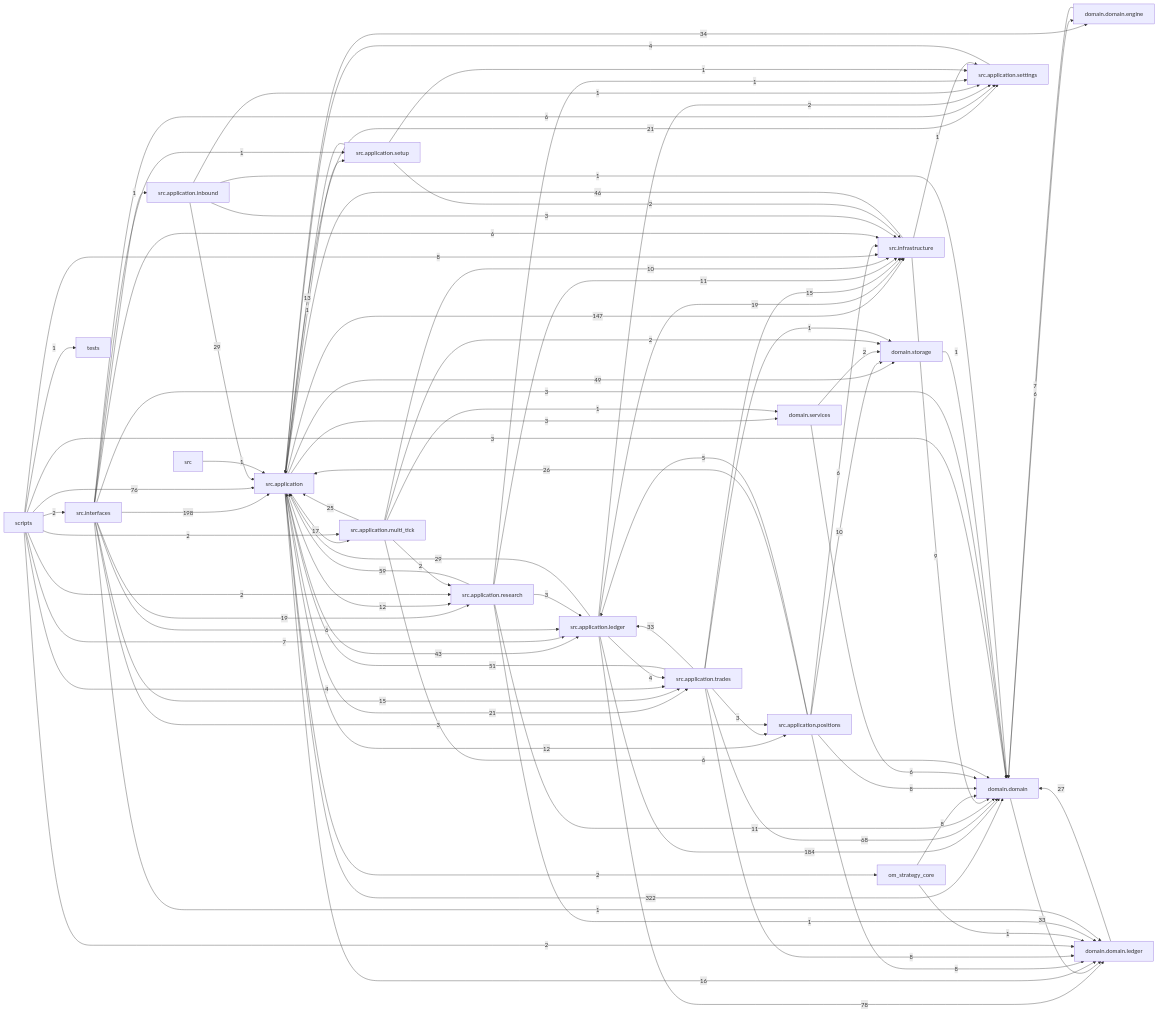
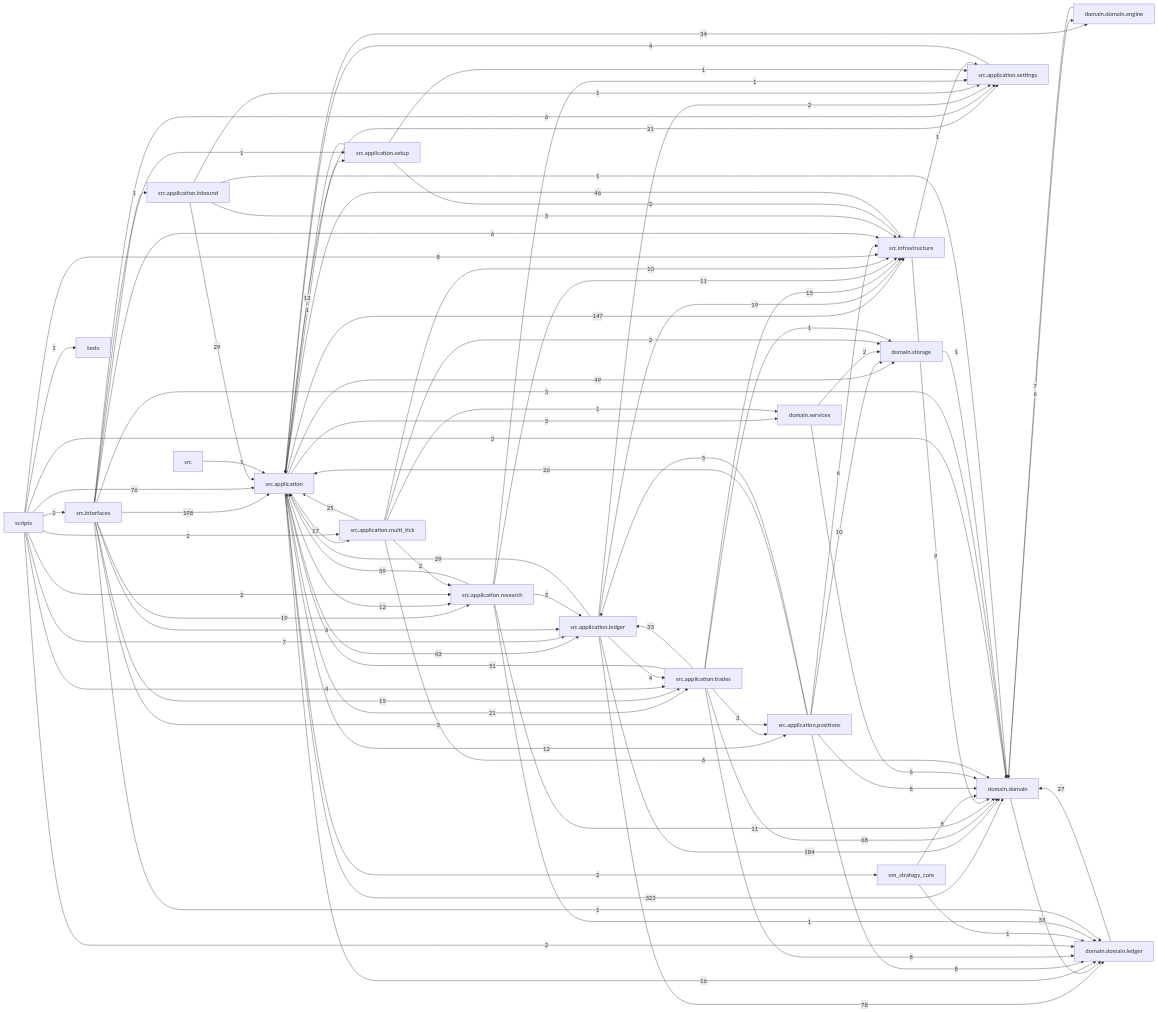
One commit to liuxie066/options-monitor changed the diagram in docs/dependency_graph.mmd. Above: the diagram before and after it, drawn with Mermaid. The commit also changed 2 other files, not shown here.

Commit message:
refactor(agent-tools): reuse domain quote snapshot normalization (#1169)

```diff
--- a/docs/dependency_graph.mmd
+++ b/docs/dependency_graph.mmd
@@ -1,88 +1,88 @@
 flowchart LR
-  src_application["src.application"] -->|322| domain_domain["domain.domain"]
+  src_application["src.application"] -->|323| domain_domain["domain.domain"]
   src_interfaces["src.interfaces"] -->|198| src_application["src.application"]
   src_application_ledger["src.application.ledger"] -->|184| domain_domain["domain.domain"]
   src_application["src.application"] -->|147| src_infrastructure["src.infrastructure"]
   src_application_ledger["src.application.ledger"] -->|78| domain_domain_ledger["domain.domain.ledger"]
   scripts["scripts"] -->|76| src_application["src.application"]
   src_application_trades["src.application.trades"] -->|68| domain_domain["domain.domain"]
   src_application_research["src.application.research"] -->|59| src_application["src.application"]
   src_application_trades["src.application.trades"] -->|51| src_application["src.application"]
   src_application["src.application"] -->|49| domain_storage["domain.storage"]
   src_infrastructure["src.infrastructure"] -->|46| src_application["src.application"]
   src_application["src.application"] -->|43| src_application_ledger["src.application.ledger"]
   src_application["src.application"] -->|34| domain_domain_engine["domain.domain.engine"]
   domain_domain["domain.domain"] -->|33| domain_domain_ledger["domain.domain.ledger"]
   src_application_trades["src.application.trades"] -->|33| src_application_ledger["src.application.ledger"]
   src_application_inbound["src.application.inbound"] -->|29| src_application["src.application"]
   src_application_ledger["src.application.ledger"] -->|29| src_application["src.application"]
   domain_domain_ledger["domain.domain.ledger"] -->|27| domain_domain["domain.domain"]
   src_application_positions["src.application.positions"] -->|26| src_application["src.application"]
   src_application_multi_tick["src.application.multi_tick"] -->|25| src_application["src.application"]
   src_application["src.application"] -->|21| src_application_settings["src.application.settings"]
   src_application["src.application"] -->|21| src_application_trades["src.application.trades"]
   src_application_ledger["src.application.ledger"] -->|19| src_infrastructure["src.infrastructure"]
   src_interfaces["src.interfaces"] -->|19| src_application_research["src.application.research"]
   src_application["src.application"] -->|17| src_application_multi_tick["src.application.multi_tick"]
   src_application["src.application"] -->|16| domain_domain_ledger["domain.domain.ledger"]
   src_application_trades["src.application.trades"] -->|15| src_infrastructure["src.infrastructure"]
   src_interfaces["src.interfaces"] -->|15| src_application_trades["src.application.trades"]
   src_application_setup["src.application.setup"] -->|13| src_application["src.application"]
   src_application["src.application"] -->|12| src_application_positions["src.application.positions"]
   src_application["src.application"] -->|12| src_application_research["src.application.research"]
   src_application_research["src.application.research"] -->|11| domain_domain["domain.domain"]
   src_application_research["src.application.research"] -->|11| src_infrastructure["src.infrastructure"]
   src_application_multi_tick["src.application.multi_tick"] -->|10| src_infrastructure["src.infrastructure"]
   src_application_positions["src.application.positions"] -->|10| domain_storage["domain.storage"]
   src_infrastructure["src.infrastructure"] -->|9| domain_domain["domain.domain"]
   om_strategy_core["om_strategy_core"] -->|8| domain_domain["domain.domain"]
   scripts["scripts"] -->|8| src_infrastructure["src.infrastructure"]
   src_application_positions["src.application.positions"] -->|8| domain_domain["domain.domain"]
   src_application_positions["src.application.positions"] -->|8| domain_domain_ledger["domain.domain.ledger"]
   src_application_trades["src.application.trades"] -->|8| domain_domain_ledger["domain.domain.ledger"]
   domain_domain_engine["domain.domain.engine"] -->|7| domain_domain["domain.domain"]
   scripts["scripts"] -->|7| src_application_ledger["src.application.ledger"]
   domain_domain["domain.domain"] -->|6| domain_domain_engine["domain.domain.engine"]
   domain_services["domain.services"] -->|6| domain_domain["domain.domain"]
   src_application_multi_tick["src.application.multi_tick"] -->|6| domain_domain["domain.domain"]
   src_application_positions["src.application.positions"] -->|6| src_infrastructure["src.infrastructure"]
   src_interfaces["src.interfaces"] -->|6| src_application_ledger["src.application.ledger"]
   src_interfaces["src.interfaces"] -->|6| src_application_settings["src.application.settings"]
   src_interfaces["src.interfaces"] -->|6| src_infrastructure["src.infrastructure"]
   src_application_positions["src.application.positions"] -->|5| src_application_ledger["src.application.ledger"]
   scripts["scripts"] -->|4| src_application_trades["src.application.trades"]
   src_application_ledger["src.application.ledger"] -->|4| src_application_trades["src.application.trades"]
   src_application_settings["src.application.settings"] -->|4| src_application["src.application"]
   scripts["scripts"] -->|3| domain_domain["domain.domain"]
   src_application["src.application"] -->|3| domain_services["domain.services"]
   src_application_inbound["src.application.inbound"] -->|3| src_infrastructure["src.infrastructure"]
   src_application_research["src.application.research"] -->|3| src_application_ledger["src.application.ledger"]
   src_application_trades["src.application.trades"] -->|3| src_application_positions["src.application.positions"]
   src_interfaces["src.interfaces"] -->|3| domain_domain["domain.domain"]
   src_interfaces["src.interfaces"] -->|3| src_application_positions["src.application.positions"]
   domain_services["domain.services"] -->|2| domain_storage["domain.storage"]
   scripts["scripts"] -->|2| domain_domain_ledger["domain.domain.ledger"]
   scripts["scripts"] -->|2| src_application_multi_tick["src.application.multi_tick"]
   scripts["scripts"] -->|2| src_application_research["src.application.research"]
   scripts["scripts"] -->|2| src_interfaces["src.interfaces"]
   src_application["src.application"] -->|2| om_strategy_core["om_strategy_core"]
   src_application_ledger["src.application.ledger"] -->|2| src_application_settings["src.application.settings"]
   src_application_multi_tick["src.application.multi_tick"] -->|2| domain_storage["domain.storage"]
   src_application_multi_tick["src.application.multi_tick"] -->|2| src_application_research["src.application.research"]
   src_application_setup["src.application.setup"] -->|2| src_infrastructure["src.infrastructure"]
   domain_storage["domain.storage"] -->|1| domain_domain["domain.domain"]
   om_strategy_core["om_strategy_core"] -->|1| domain_domain_ledger["domain.domain.ledger"]
   scripts["scripts"] -->|1| tests["tests"]
   src["src"] -->|1| src_application["src.application"]
   src_application["src.application"] -->|1| src_application_setup["src.application.setup"]
   src_application_inbound["src.application.inbound"] -->|1| domain_domain["domain.domain"]
   src_application_inbound["src.application.inbound"] -->|1| src_application_settings["src.application.settings"]
   src_application_multi_tick["src.application.multi_tick"] -->|1| domain_services["domain.services"]
   src_application_research["src.application.research"] -->|1| domain_domain_ledger["domain.domain.ledger"]
   src_application_research["src.application.research"] -->|1| src_application_settings["src.application.settings"]
   src_application_setup["src.application.setup"] -->|1| src_application_settings["src.application.settings"]
   src_application_trades["src.application.trades"] -->|1| domain_storage["domain.storage"]
   src_infrastructure["src.infrastructure"] -->|1| src_application_settings["src.application.settings"]
   src_interfaces["src.interfaces"] -->|1| domain_domain_ledger["domain.domain.ledger"]
   src_interfaces["src.interfaces"] -->|1| src_application_inbound["src.application.inbound"]
   src_interfaces["src.interfaces"] -->|1| src_application_setup["src.application.setup"]
```
